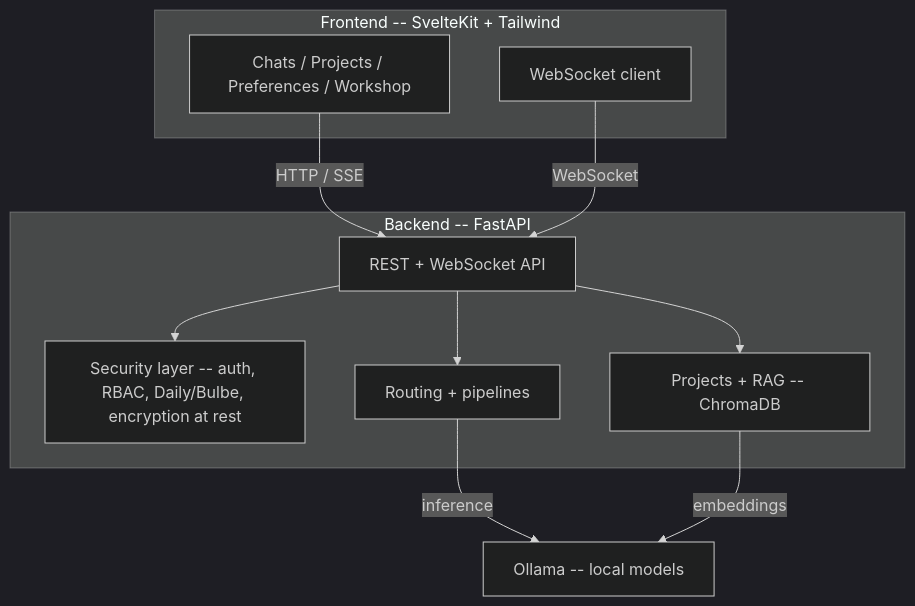
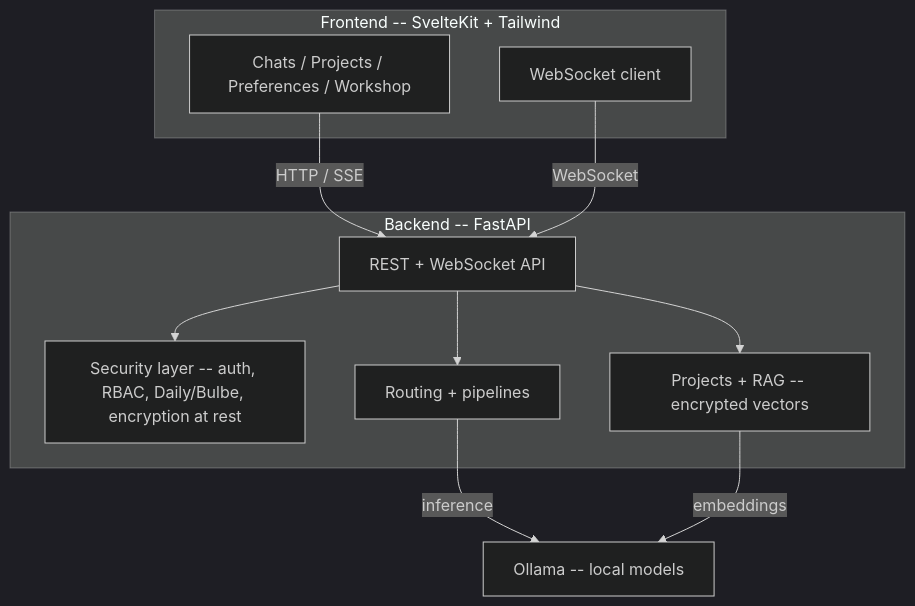
The diagram in README.md (AntsAreRad/opti-oignon), drawn with Mermaid (dark theme) before and after one commit. The commit also changed other lines of this file and 25 other files, not shown here.

````diff
--- a/README.md
+++ b/README.md
@@ -80,24 +80,24 @@
 ```mermaid
 graph TB
     subgraph Frontend["Frontend -- SvelteKit + Tailwind"]
         UI[Chats / Projects / Preferences / Workshop]
         WS[WebSocket client]
     end
 
     subgraph Backend["Backend -- FastAPI"]
         API[REST + WebSocket API]
         SEC[Security layer -- auth, RBAC, Daily/Bulbe, encryption at rest]
-        RAGB[Projects + RAG -- ChromaDB]
+        RAGB[Projects + RAG -- encrypted vectors]
         ROUTE[Routing + pipelines]
     end
 
     OLL[Ollama -- local models]
 
     UI -->|HTTP / SSE| API
     WS -->|WebSocket| API
     API --> SEC
     API --> ROUTE
     API --> RAGB
     ROUTE -->|inference| OLL
     RAGB -->|embeddings| OLL
 ```
````
